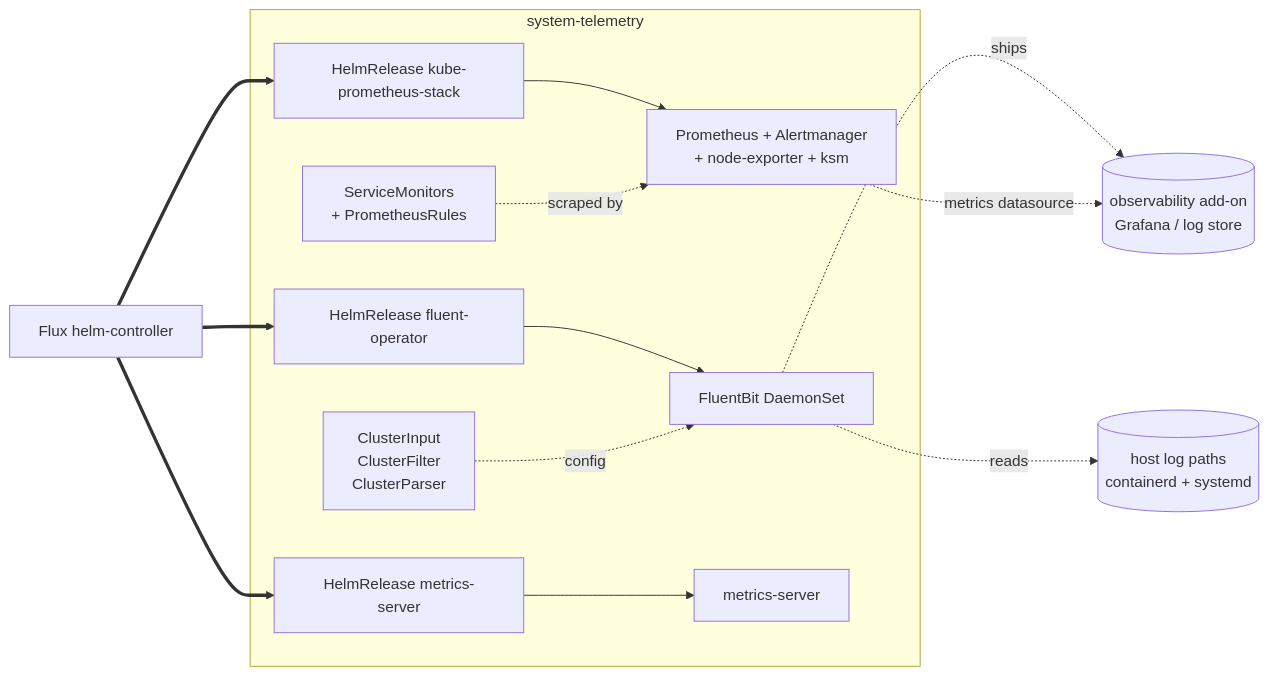
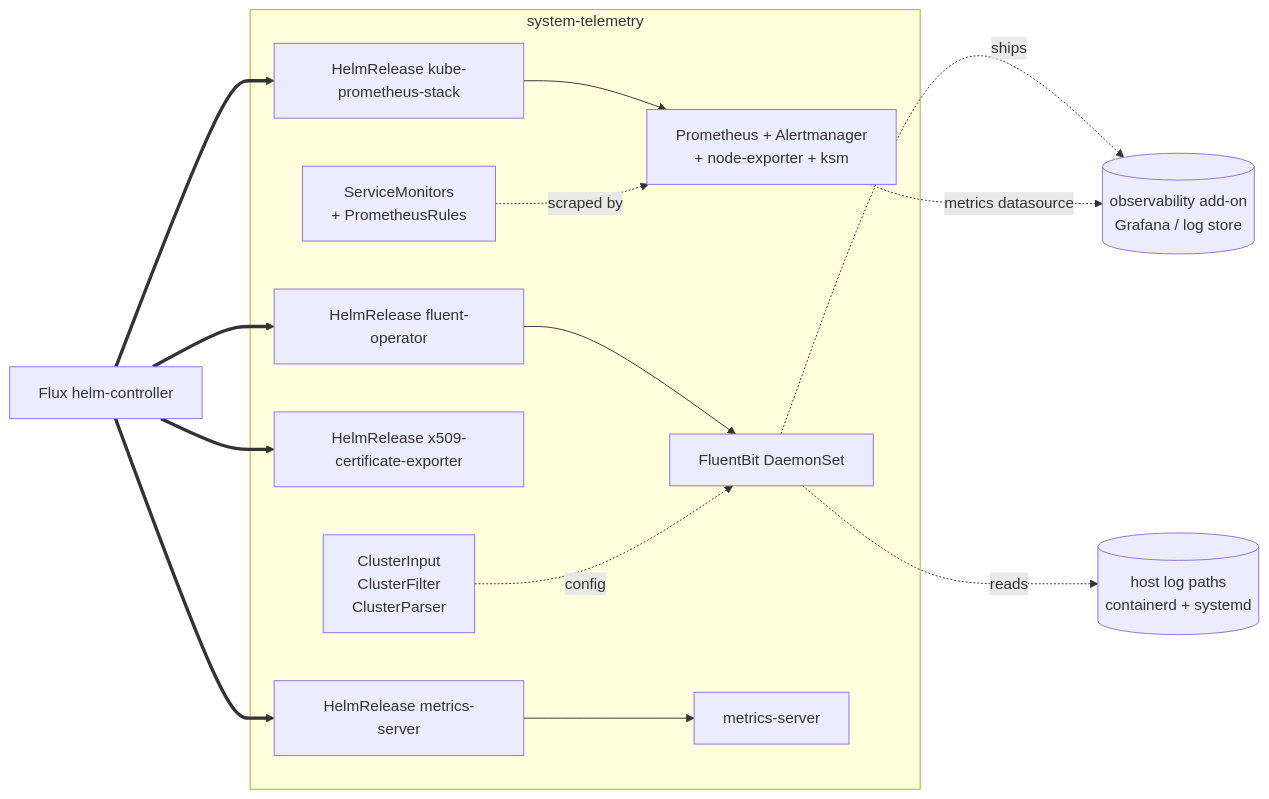
Before and after one commit to windsorcli/core: the diagram in kustomize/telemetry/README.md, drawn with Mermaid. The commit also changed other lines of this file and 9 other files, not shown here.

````diff
--- a/kustomize/telemetry/README.md
+++ b/kustomize/telemetry/README.md
@@ -34,30 +34,31 @@
 ```mermaid
 flowchart LR
   flux[Flux helm-controller]
 
   subgraph systemtelemetry[system-telemetry]
     prom_hr[HelmRelease kube-prometheus-stack]
     fb_hr[HelmRelease fluent-operator]
     ms_hr[HelmRelease metrics-server]
+    x509_hr[HelmRelease x509-certificate-exporter]
 
     prom[Prometheus + Alertmanager<br/>+ node-exporter + ksm]
     fb_ds[FluentBit DaemonSet]
     ms[metrics-server]
 
     sm[ServiceMonitors<br/>+ PrometheusRules]
     fb_crs[ClusterInput<br/>ClusterFilter<br/>ClusterParser]
   end
 
   hostlogs[(host log paths<br/>containerd + systemd)]
   observability[(observability add-on<br/>Grafana / log store)]
 
-  flux ==> prom_hr & fb_hr & ms_hr
+  flux ==> prom_hr & fb_hr & ms_hr & x509_hr
   prom_hr --> prom
   fb_hr --> fb_ds
   ms_hr --> ms
   sm -.scraped by.-> prom
   fb_crs -.config.-> fb_ds
   fb_ds -.reads.-> hostlogs
   fb_ds -.ships.-> observability
   prom -.metrics datasource.-> observability
 ```
````
